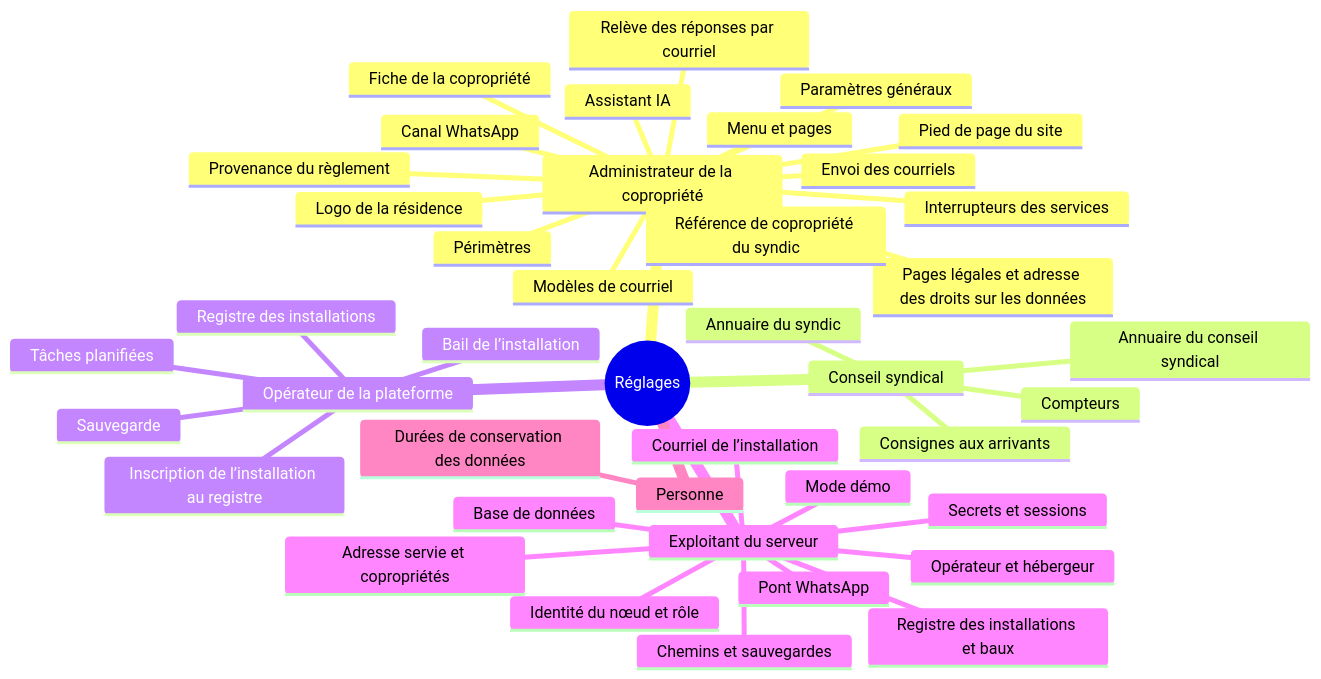
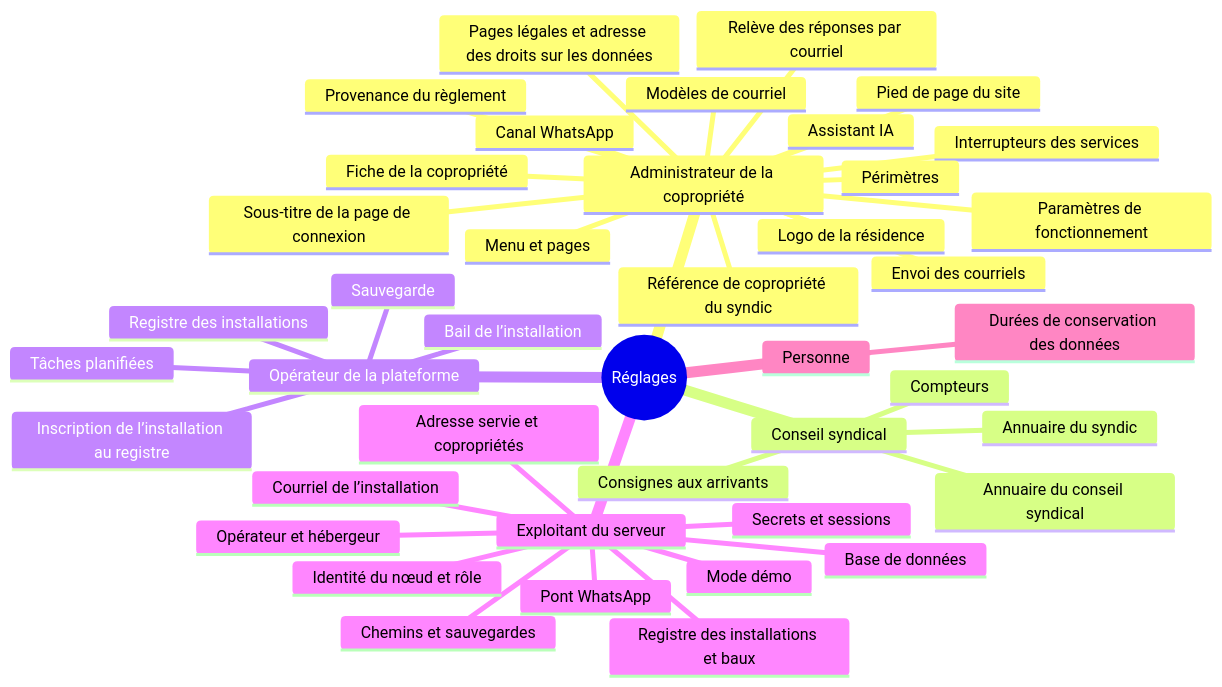
Before and after one commit to philippe-tressard/coprofirst: the diagram in docs/carte-reglages.md, drawn with Mermaid. The commit also changed other lines of this file and 3 other files, not shown here.

````diff
--- a/docs/carte-reglages.md
+++ b/docs/carte-reglages.md
@@ -20,44 +20,45 @@
 ```mermaid
 mindmap
   root((Réglages))
     Administrateur de la copropriété
-      Paramètres généraux
+      Paramètres de fonctionnement
+      Sous-titre de la page de connexion
       Pied de page du site
       Pages légales et adresse des droits sur les données
       Référence de copropriété du syndic
       Menu et pages
       Interrupteurs des services
       Envoi des courriels
       Relève des réponses par courriel
       Canal WhatsApp
       Assistant IA
       Logo de la résidence
       Fiche de la copropriété
       Périmètres
       Modèles de courriel
       Provenance du règlement
     Conseil syndical
       Annuaire du syndic
       Annuaire du conseil syndical
       Consignes aux arrivants
       Compteurs
     Opérateur de la plateforme
       Sauvegarde
       Inscription de l’installation au registre
       Bail de l’installation
       Registre des installations
       Tâches planifiées
     Exploitant du serveur
       Identité du nœud et rôle
       Mode démo
       Registre des installations et baux
       Opérateur et hébergeur
       Adresse servie et copropriétés
       Secrets et sessions
       Base de données
       Courriel de l’installation
       Chemins et sauvegardes
       Pont WhatsApp
     Personne
       Durées de conservation des données
 ```
````
